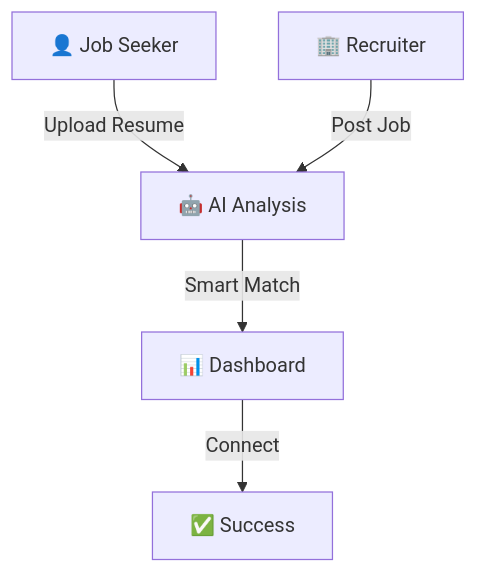
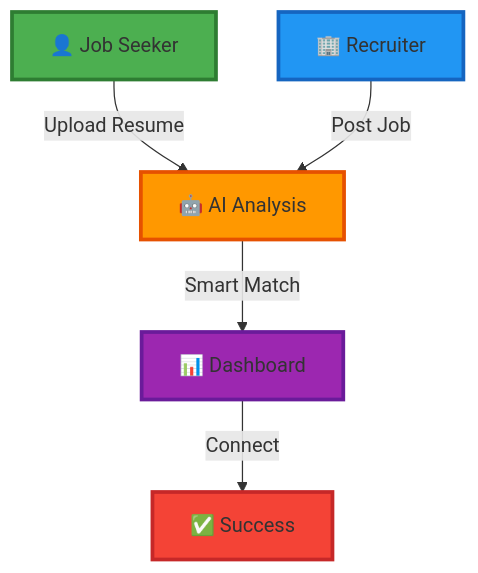
Before and after one commit to jaynikam2005/ai-resume-job-matcher: the first of 3 diagrams in README.md, drawn with Mermaid. The commit also changed other lines of this file, not shown here.

````diff
--- a/README.md
+++ b/README.md
@@ -22,7 +43,13 @@
 ```mermaid
 graph TB
     A["👤 Job Seeker"] -->|Upload Resume| B["🤖 AI Analysis"]
     C["🏢 Recruiter"] -->|Post Job| B
     B -->|Smart Match| D["📊 Dashboard"]
     D -->|Connect| E["✅ Success"]
+    
+    style A fill:#4CAF50,stroke:#2E7D32,stroke-width:3px
+    style C fill:#2196F3,stroke:#1565C0,stroke-width:3px
+    style B fill:#FF9800,stroke:#E65100,stroke-width:3px
+    style D fill:#9C27B0,stroke:#6A1B9A,stroke-width:3px
+    style E fill:#F44336,stroke:#C62828,stroke-width:3px
 ```
````
